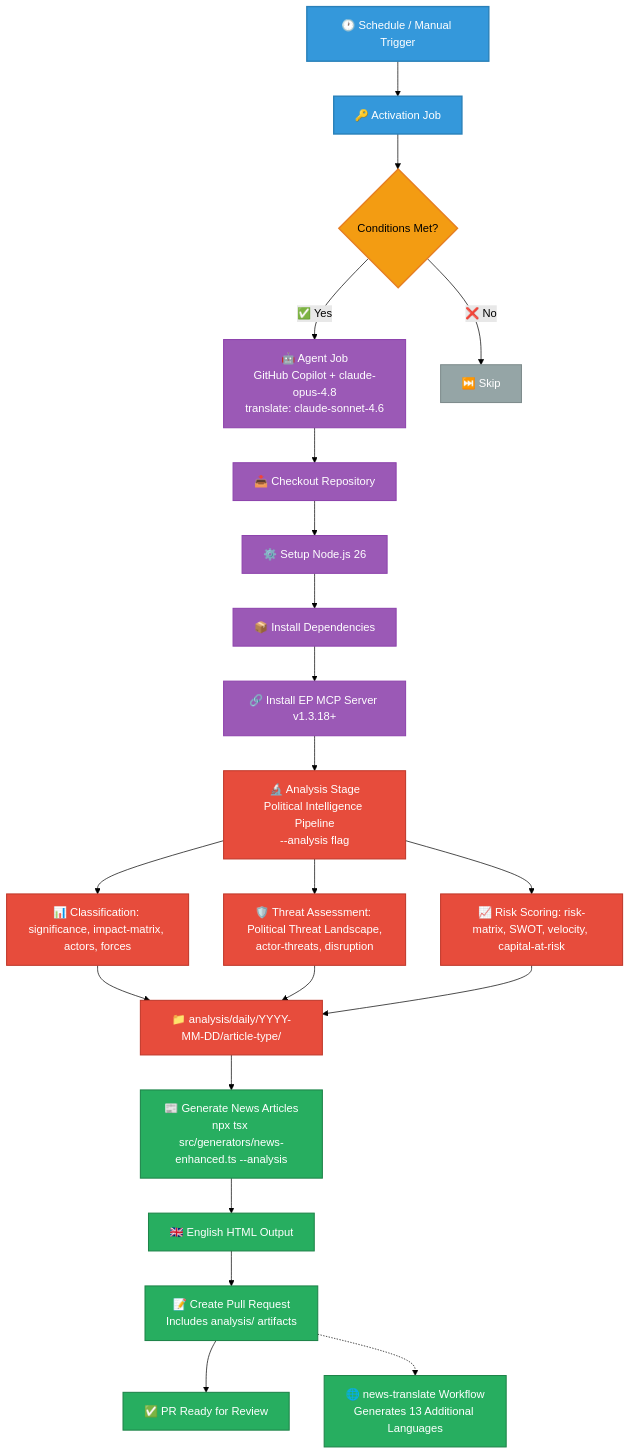
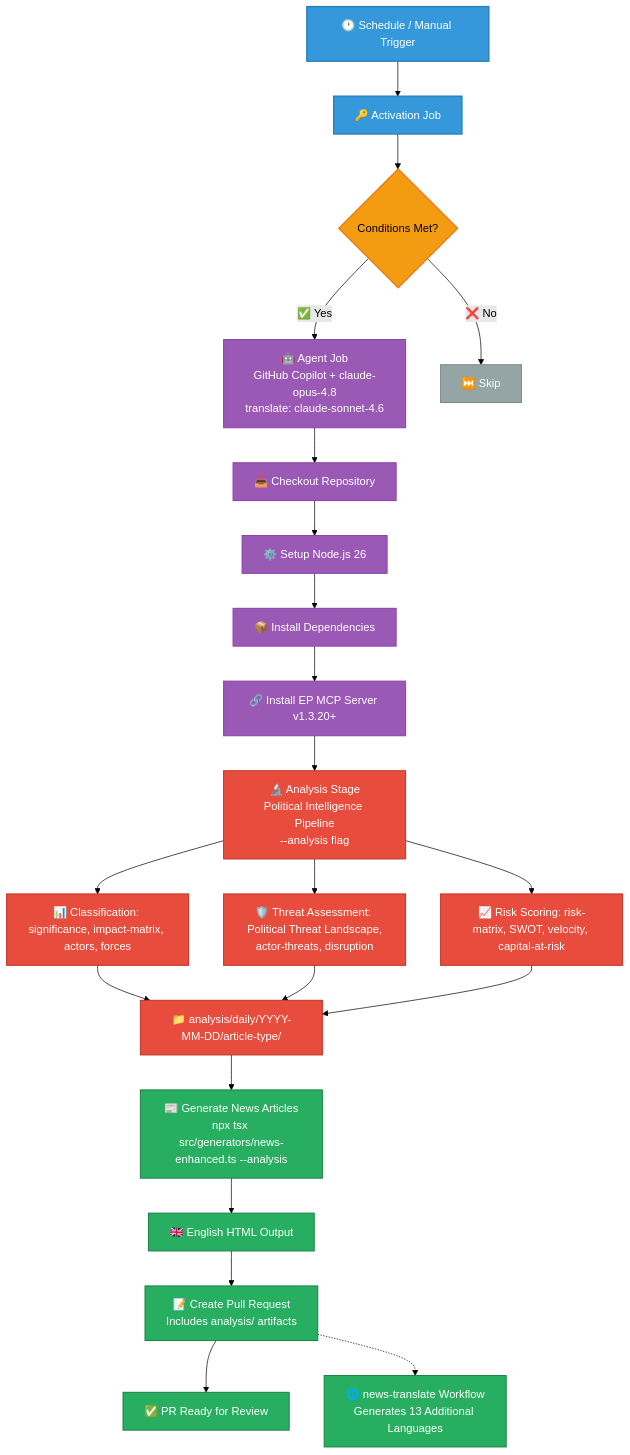
Before and after one commit to Hack23/euparliamentmonitor: the third of 23 diagrams in WORKFLOWS.md, drawn with Mermaid (forest theme). The commit also changed other lines of this file and 58 other files, not shown here.

````diff
--- a/WORKFLOWS.md
+++ b/WORKFLOWS.md
@@ -276,37 +276,37 @@
 ```mermaid
 graph TD
     A[🕐 Schedule / Manual Trigger] --> B[🔑 Activation Job]
     B --> C{Conditions Met?}
     C -->|✅ Yes| D[🤖 Agent Job<br/>GitHub Copilot + claude-opus-4.8<br/>translate: claude-sonnet-4.6]
     C -->|❌ No| E[⏭️ Skip]
     D --> F[📥 Checkout Repository]
     F --> G[⚙️ Setup Node.js 26]
     G --> H[📦 Install Dependencies]
-    H --> I[🔗 Install EP MCP Server v1.3.18+]
+    H --> I[🔗 Install EP MCP Server v1.3.20+]
     I --> J1[🔬 Analysis Stage<br/>Political Intelligence Pipeline<br/>--analysis flag]
     J1 --> J1a[📊 Classification: significance, impact-matrix, actors, forces]
     J1 --> J1b[🛡️ Threat Assessment: Political Threat Landscape,<br/>actor-threats, disruption]
     J1 --> J1c[📈 Risk Scoring: risk-matrix, SWOT, velocity, capital-at-risk]
     J1a --> J1d["📁 analysis/daily/YYYY-MM-DD/article-type/"]
     J1b --> J1d
     J1c --> J1d
     J1d --> J[📰 Generate News Articles<br/>npx tsx src/generators/news-enhanced.ts --analysis]
     J --> K[🇬🇧 English HTML Output]
     K --> L[📝 Create Pull Request<br/>Includes analysis/ artifacts]
     L --> M[✅ PR Ready for Review]
     L -.-> N[🌐 news-translate Workflow<br/>Generates 13 Additional Languages]
 
     classDef trigger fill:#3498db,stroke:#2980b9,stroke-width:2px,color:white
     classDef process fill:#9b59b6,stroke:#8e44ad,stroke-width:1.5px,color:white
     classDef decision fill:#f39c12,stroke:#e67e22,stroke-width:2px,color:black
     classDef skip fill:#95a5a6,stroke:#7f8c8d,stroke-width:1.5px,color:white
     classDef analysis fill:#e74c3c,stroke:#c0392b,stroke-width:1.5px,color:white
     classDef output fill:#27ae60,stroke:#1e8449,stroke-width:1.5px,color:white
 
     class A,B trigger
     class D,F,G,H,I process
     class C decision
     class E skip
     class J1,J1a,J1b,J1c,J1d analysis
     class J,K,L,M,N output
 ```
````
